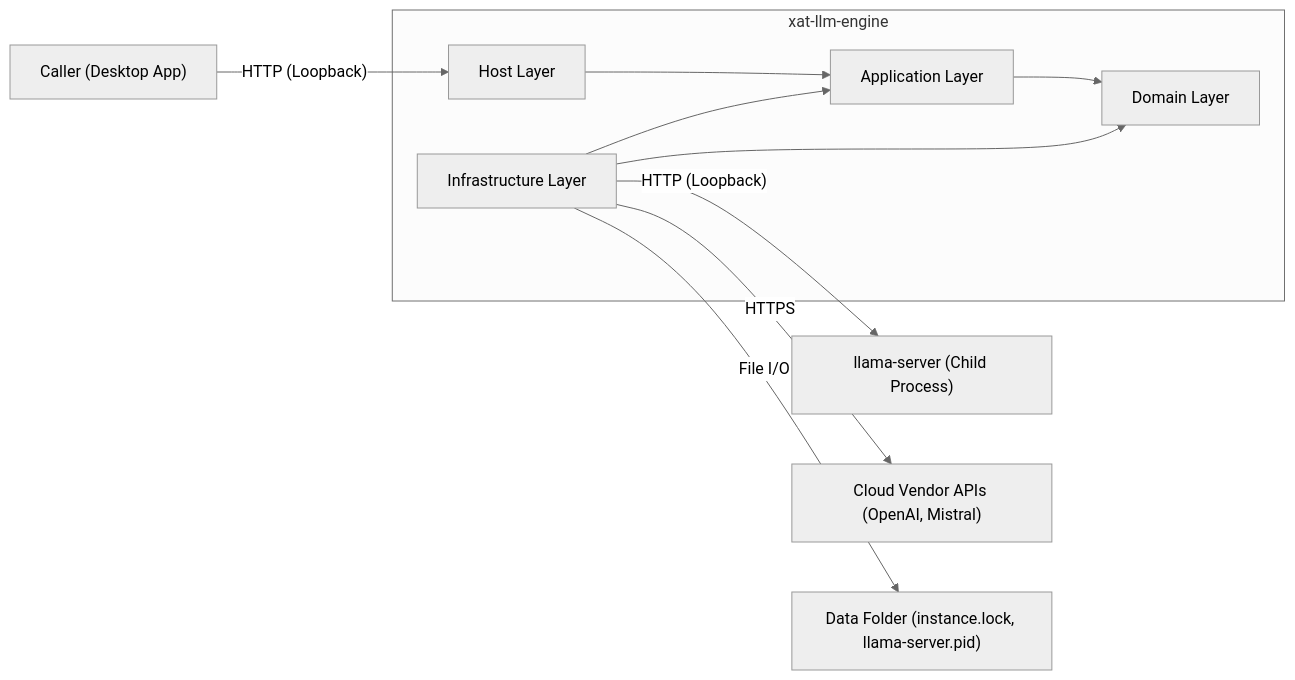
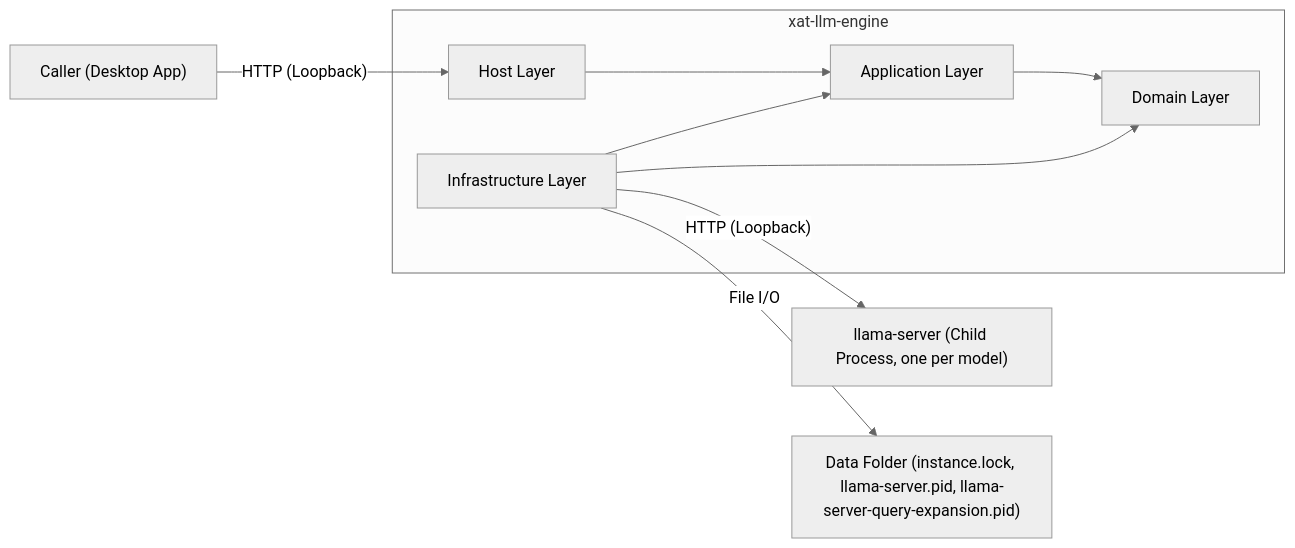
The first of 9 diagrams in docs/architecture.md (xatcap/xat-llm-engine), drawn with Mermaid (neutral theme) before and after one commit. The commit also changed other lines of this file and 77 other files, not shown here.

Commit message:
Removing cloud operations and adding a model for query expansion

````diff
--- a/docs/architecture.md
+++ b/docs/architecture.md
@@ -9,22 +9,20 @@
 ```mermaid
 flowchart LR
     Caller["Caller (Desktop App)"]
     subgraph Engine["xat-llm-engine"]
         Host["Host Layer"]
         App["Application Layer"]
         Infra["Infrastructure Layer"]
         Domain["Domain Layer"]
     end
-    Llama["llama-server (Child Process)"]
-    Cloud["Cloud Vendor APIs (OpenAI, Mistral)"]
-    Disk["Data Folder (instance.lock, llama-server.pid)"]
+    Llama["llama-server (Child Process, one per model)"]
+    Disk["Data Folder (instance.lock, llama-server.pid, llama-server-query-expansion.pid)"]
 
     Caller -->|"HTTP (Loopback)"| Host
     Host --> App
     App --> Domain
     Infra --> App
     Infra --> Domain
     Infra -->|"HTTP (Loopback)"| Llama
-    Infra -->|"HTTPS"| Cloud
     Infra -->|"File I/O"| Disk
 ```
````
